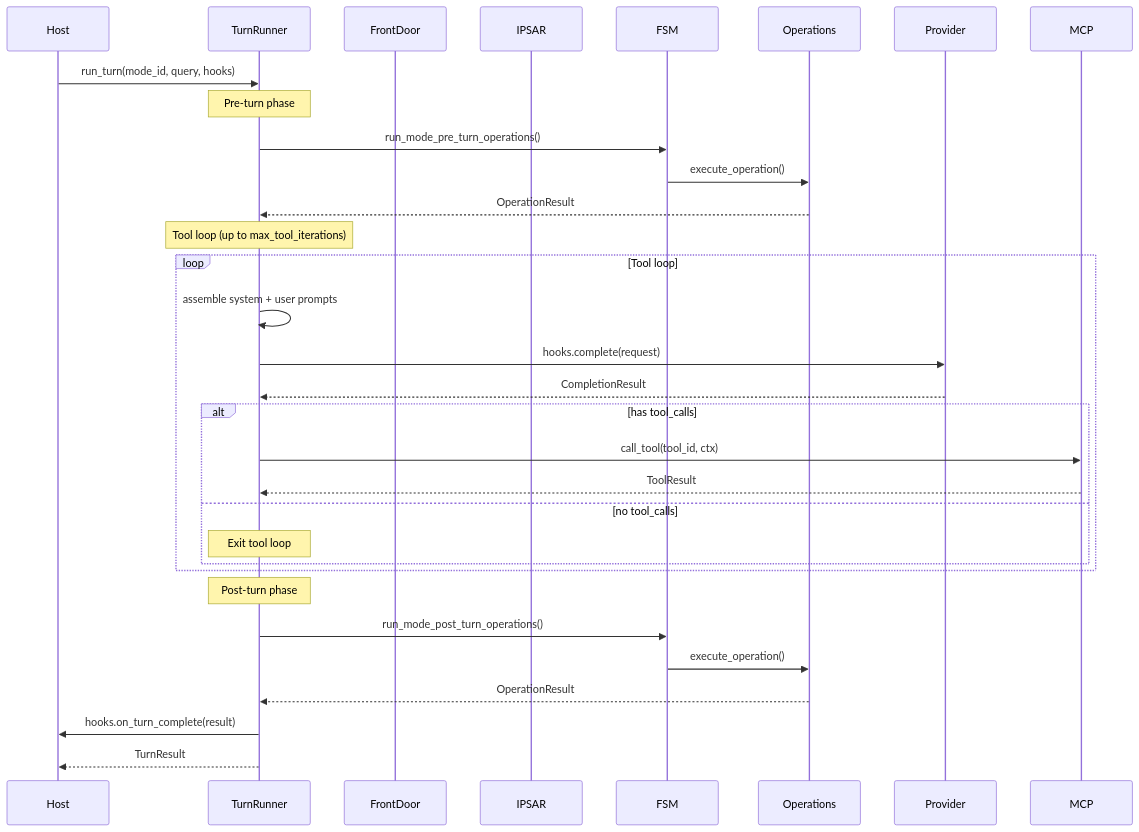
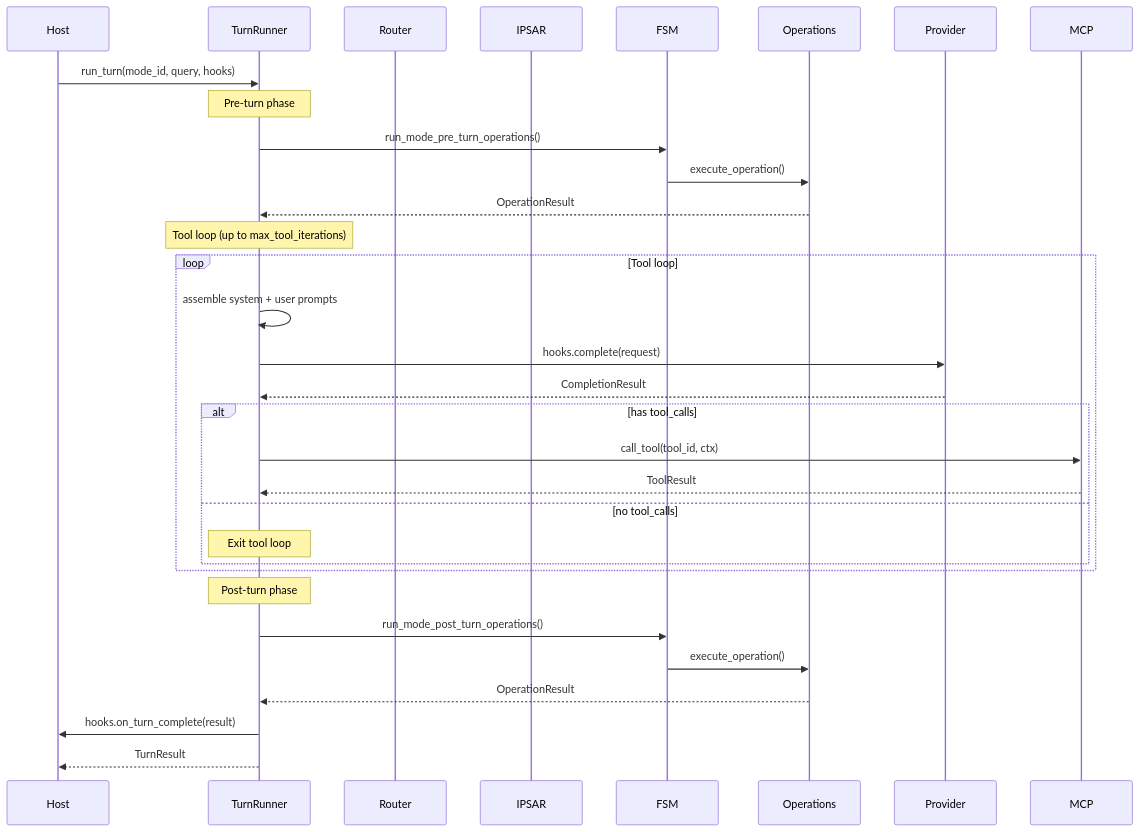
One commit to Lisa-Harness/lisa changed the first of 4 diagrams in docs/KERNEL_ARCHITECTURE.md. Above: the diagram before and after it, drawn with Mermaid. The commit also changed other lines of this file and 59 other files, not shown here.

````diff
--- a/docs/KERNEL_ARCHITECTURE.md
+++ b/docs/KERNEL_ARCHITECTURE.md
@@ -72,38 +72,38 @@
 ```mermaid
 sequenceDiagram
     participant Host
     participant TurnRunner
-    participant FrontDoor
+    participant Router
     participant IPSAR
     participant FSM
     participant Operations
     participant Provider
 
     Host->>TurnRunner: run_turn(mode_id, query, hooks)
     
     Note over TurnRunner: Pre-turn phase
     TurnRunner->>FSM: run_mode_pre_turn_operations()
     FSM->>Operations: execute_operation()
     Operations-->>TurnRunner: OperationResult
     
     Note over TurnRunner: Tool loop (up to max_tool_iterations)
     loop Tool loop
         TurnRunner->>TurnRunner: assemble system + user prompts
         TurnRunner->>Provider: hooks.complete(request)
         Provider-->>TurnRunner: CompletionResult
         alt has tool_calls
           TurnRunner->>MCP: call_tool(tool_id, ctx)
           MCP-->>TurnRunner: ToolResult
         else no tool_calls
             Note over TurnRunner: Exit tool loop
         end
     end
     
     Note over TurnRunner: Post-turn phase
     TurnRunner->>FSM: run_mode_post_turn_operations()
     FSM->>Operations: execute_operation()
     Operations-->>TurnRunner: OperationResult
     
     TurnRunner->>Host: hooks.on_turn_complete(result)
     TurnRunner-->>Host: TurnResult
 ```
````
